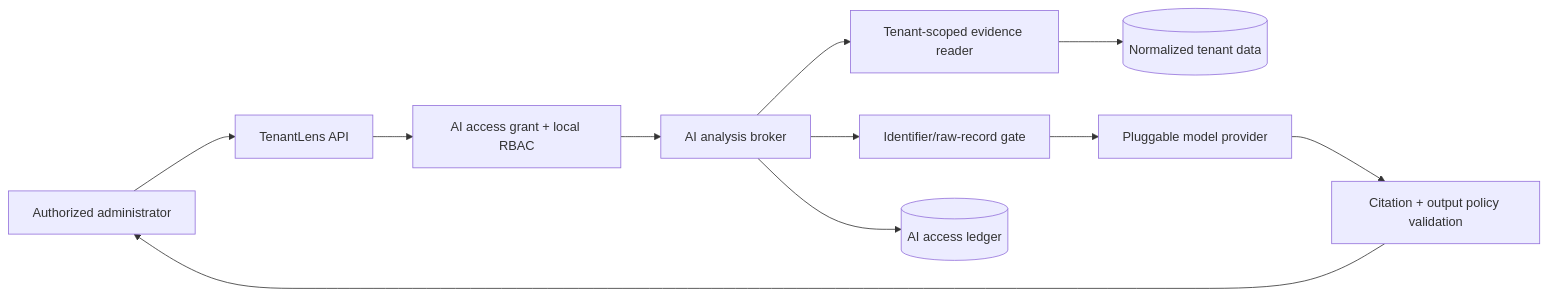
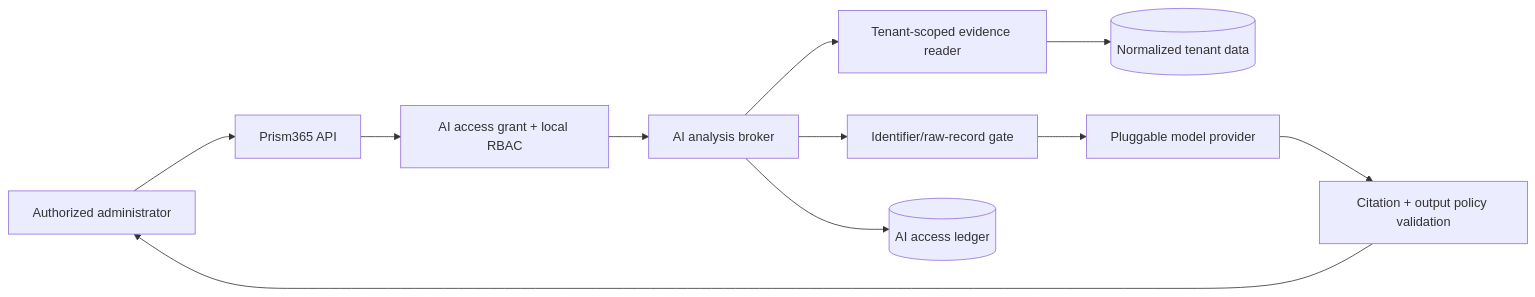
The diagram in docs/AI_INTEGRATION.md (Nullel/prism365), drawn with Mermaid before and after one commit. The commit also changed other lines of this file and 37 other files, not shown here.

````diff
--- a/docs/AI_INTEGRATION.md
+++ b/docs/AI_INTEGRATION.md
@@ -32,13 +32,13 @@
 ```mermaid
 flowchart LR
-  User[Authorized administrator] --> API[TenantLens API]
+  User[Authorized administrator] --> API[Prism365 API]
   API --> Policy[AI access grant + local RBAC]
   Policy --> Gateway[AI analysis broker]
   Gateway --> Reader[Tenant-scoped evidence reader]
   Reader --> Store[(Normalized tenant data)]
   Gateway --> Redaction[Identifier/raw-record gate]
   Redaction --> Provider[Pluggable model provider]
   Provider --> Validation[Citation + output policy validation]
   Validation --> User
   Gateway --> Ledger[(AI access ledger)]
 ```
````
